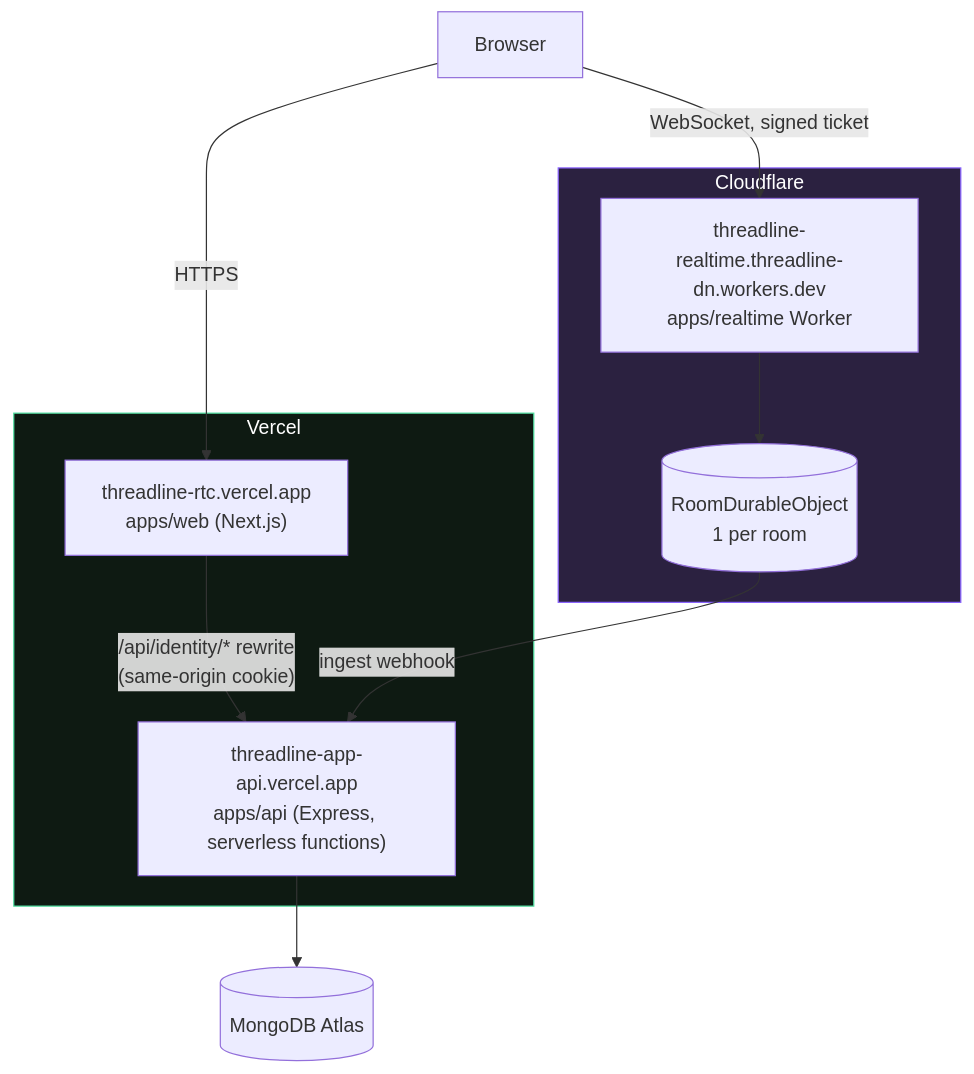
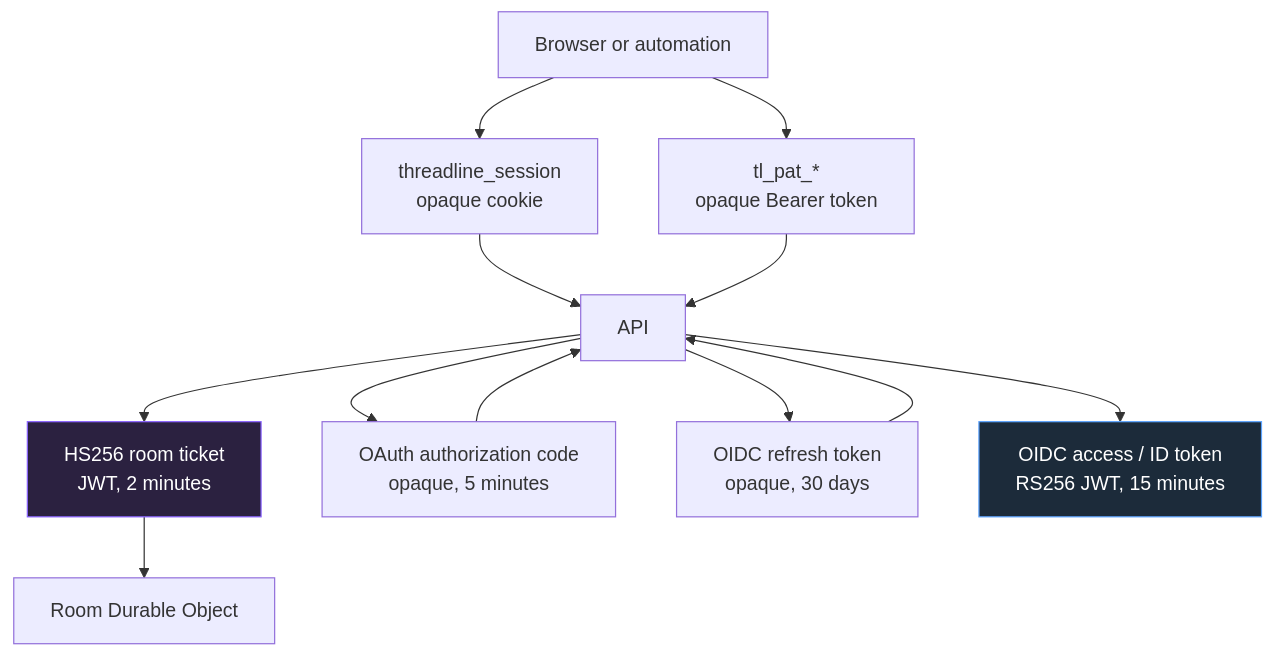
One commit to hoangsonww/Threadline-RealTime-Collab changed the ninth of 22 diagrams in ARCHITECTURE.md. Above: the diagram before and after it, drawn with Mermaid. The commit also changed other lines of this file and 3 other files, not shown here.

First line of the commit message:
docs: deepen architecture reference

````diff
--- a/ARCHITECTURE.md
+++ b/ARCHITECTURE.md
@@ -236,26 +361,22 @@
-```mermaid
-graph TB
-    Browser["Browser"]
+~~~mermaid
+flowchart TB
+    Browser["Browser or automation"]
+    Session["threadline_session<br/>opaque cookie"]
+    PAT["tl_pat_*<br/>opaque Bearer token"]
+    Ticket["HS256 room ticket<br/>JWT, 2 minutes"]
+    OidcCode["OAuth authorization code<br/>opaque, 5 minutes"]
+    Refresh["OIDC refresh token<br/>opaque, 30 days"]
+    Access["OIDC access / ID token<br/>RS256 JWT, 15 minutes"]
 
-    subgraph vercel["Vercel"]
-        webApp["threadline-rtc.vercel.app<br/>apps/web (Next.js)"]
-        apiApp["threadline-app-api.vercel.app<br/>apps/api (Express, serverless functions)"]
-    end
+    Browser --> Session --> API["API"]
+    Browser --> PAT --> API
+    API --> Ticket --> DO["Room Durable Object"]
+    API --> OidcCode
+    OidcCode --> API
+    API --> Refresh
+    Refresh --> API
+    API --> Access
 
-    subgraph cf["Cloudflare"]
-        worker["threadline-realtime.threadline-dn.workers.dev<br/>apps/realtime Worker"]
-        do[("RoomDurableObject<br/>1 per room")]
-    end
-
-    atlas[("MongoDB Atlas")]
-
-    Browser -->|"HTTPS"| webApp
-    webApp -->|"/api/identity/* rewrite<br/>(same-origin cookie)"| apiApp
-    Browser -->|"WebSocket, signed ticket"| worker
-    worker --> do
-    do -->|"ingest webhook"| apiApp
-    apiApp --> atlas
-
-    style vercel fill:#0e1a12,stroke:#52e0a2,color:#fff
-    style cf fill:#2b2140,stroke:#8a63ff,color:#fff
-```
+    style Ticket fill:#2b2140,stroke:#8a63ff,color:#fff
+    style Access fill:#1c2b3a,stroke:#5ca4ff,color:#fff
+~~~
````
